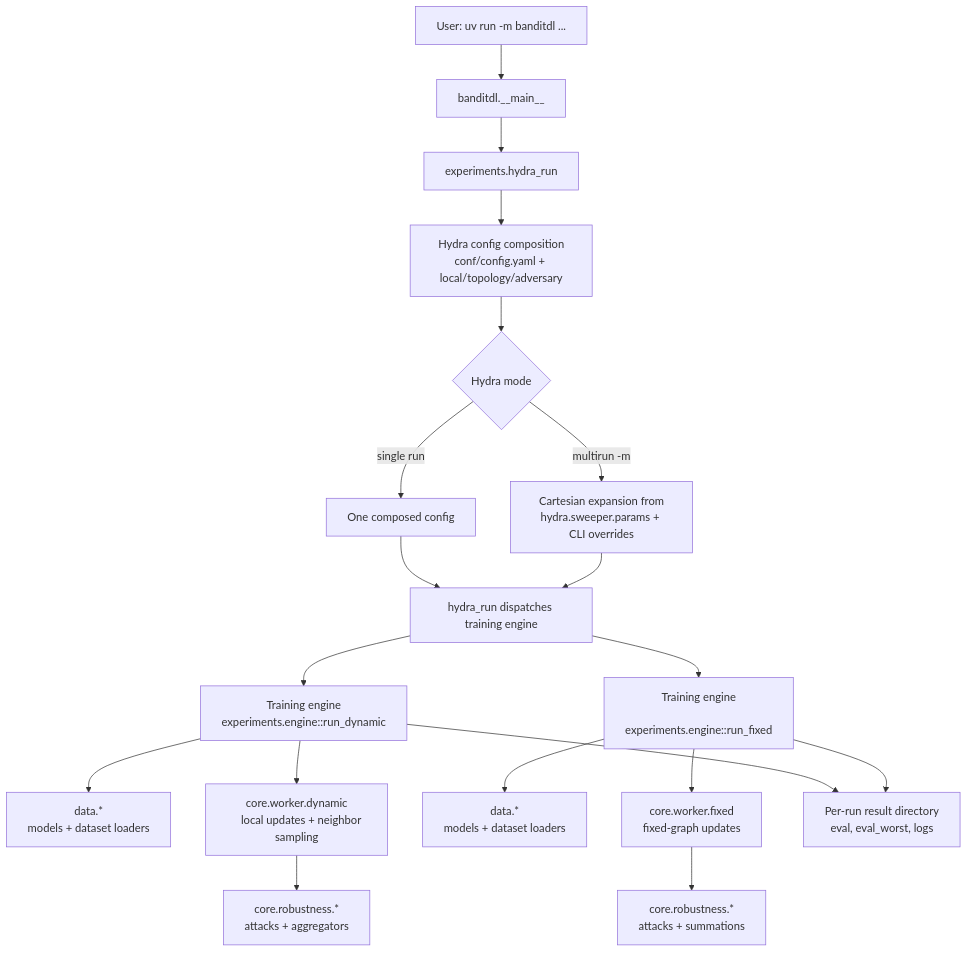
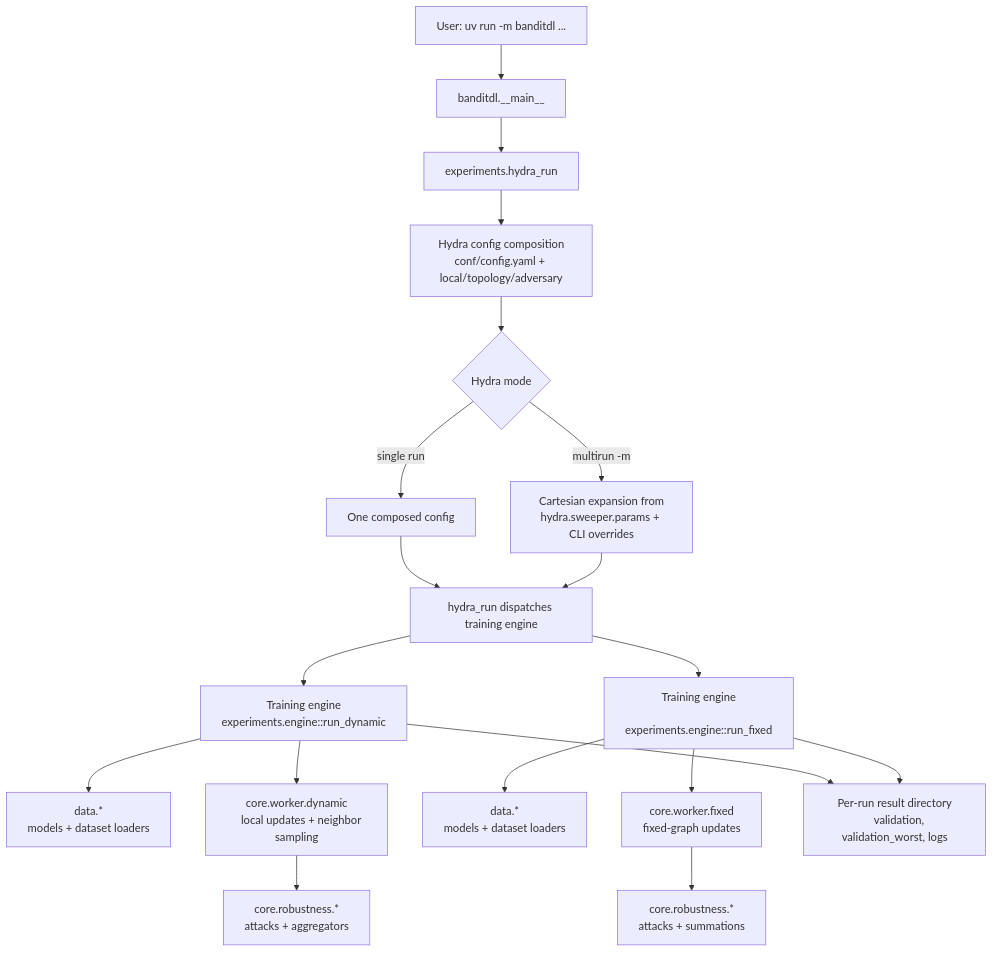
Before and after one commit to ale18V/BanditFL: the first of 2 diagrams in README.md, drawn with Mermaid. The commit also changed other lines of this file and 14 other files, not shown here.

````diff
--- a/README.md
+++ b/README.md
@@ -235,38 +291,38 @@
 ```mermaid
 flowchart TD
     A[User: uv run -m banditdl ...] --> B[banditdl.__main__]
     B --> C[experiments.hydra_run]
     C --> D[Hydra config composition
 conf/config.yaml + local/topology/adversary]
 
     D --> E{Hydra mode}
     E -->|single run| F[One composed config]
     E -->|multirun -m| G[Cartesian expansion from
 hydra.sweeper.params + CLI overrides]
 
     F --> H[hydra_run dispatches training engine]
     G --> H
 
     H --> I1[Training engine
 experiments.engine::run_dynamic]
     H --> I2[Training engine
     experiments.engine::run_fixed]
 
     I1 --> J1[data.*
     models + dataset loaders]
     I1 --> K1[core.worker.dynamic
     local updates + neighbor sampling]
     K1 --> L1[core.robustness.*
     attacks + aggregators]
 
     I2 --> J2[data.*
     models + dataset loaders]
     I2 --> K2[core.worker.fixed
     fixed-graph updates]
     K2 --> L2[core.robustness.*
     attacks + summations]
 
     I1 --> M[Per-run result directory
-    eval, eval_worst, logs]
+    validation, validation_worst, logs]
     I2 --> M
 ```
````
